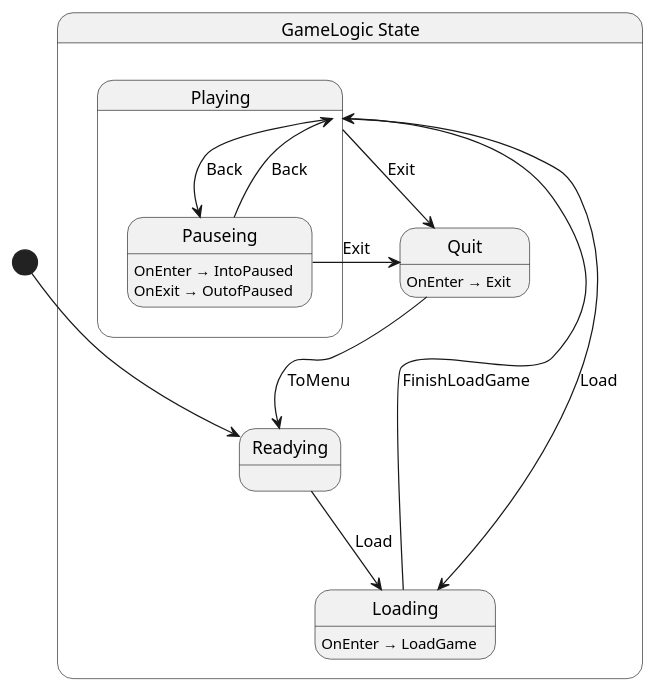
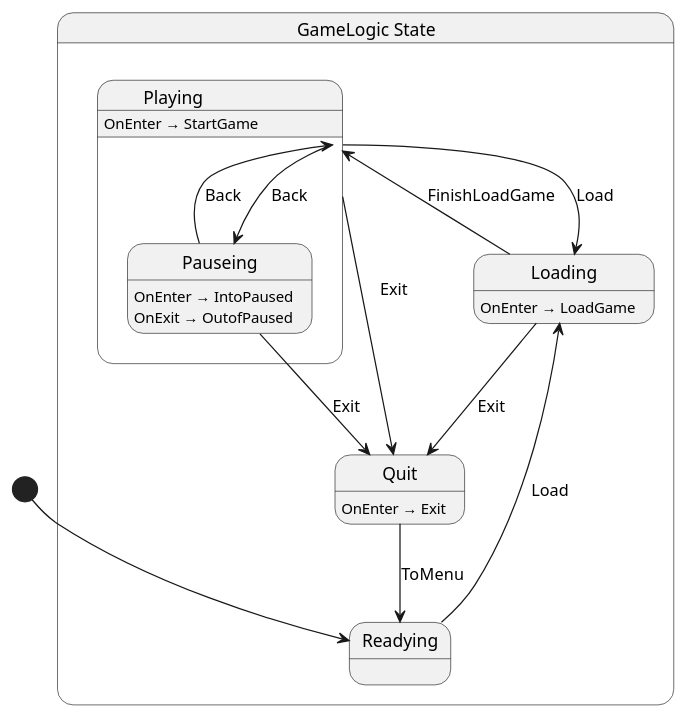
Before and after one commit to L-Bromine/Nanomachine: the diagram in src/game/state/GameLogic.g.puml, drawn with PlantUML. The commit also changed 14 other files, not shown here.

First line of the commit message:
Refactor game loading state transitions

```diff
--- a/src/game/state/GameLogic.g.puml
+++ b/src/game/state/GameLogic.g.puml
@@ -1,26 +1,28 @@
 @startuml GameLogic
 state "GameLogic State" as Nanomachine_GameLogic_State {
   state "Loading" as Nanomachine_GameLogic_State_Loading
   state "Playing" as Nanomachine_GameLogic_State_Playing {
     state "Pauseing" as Nanomachine_GameLogic_State_Pauseing
   }
   state "Quit" as Nanomachine_GameLogic_State_Quit
   state "Readying" as Nanomachine_GameLogic_State_Readying
 }
 
 Nanomachine_GameLogic_State_Loading --> Nanomachine_GameLogic_State_Playing : FinishLoadGame
+Nanomachine_GameLogic_State_Loading --> Nanomachine_GameLogic_State_Quit : Exit
 Nanomachine_GameLogic_State_Pauseing --> Nanomachine_GameLogic_State_Playing : Back
 Nanomachine_GameLogic_State_Pauseing --> Nanomachine_GameLogic_State_Quit : Exit
 Nanomachine_GameLogic_State_Playing --> Nanomachine_GameLogic_State_Loading : Load
 Nanomachine_GameLogic_State_Playing --> Nanomachine_GameLogic_State_Pauseing : Back
 Nanomachine_GameLogic_State_Playing --> Nanomachine_GameLogic_State_Quit : Exit
 Nanomachine_GameLogic_State_Quit --> Nanomachine_GameLogic_State_Readying : ToMenu
 Nanomachine_GameLogic_State_Readying --> Nanomachine_GameLogic_State_Loading : Load
 
 Nanomachine_GameLogic_State_Loading : OnEnter → LoadGame
 Nanomachine_GameLogic_State_Pauseing : OnEnter → IntoPaused
 Nanomachine_GameLogic_State_Pauseing : OnExit → OutofPaused
+Nanomachine_GameLogic_State_Playing : OnEnter → StartGame
 Nanomachine_GameLogic_State_Quit : OnEnter → Exit
 
 [*] --> Nanomachine_GameLogic_State_Readying
 @enduml
```
